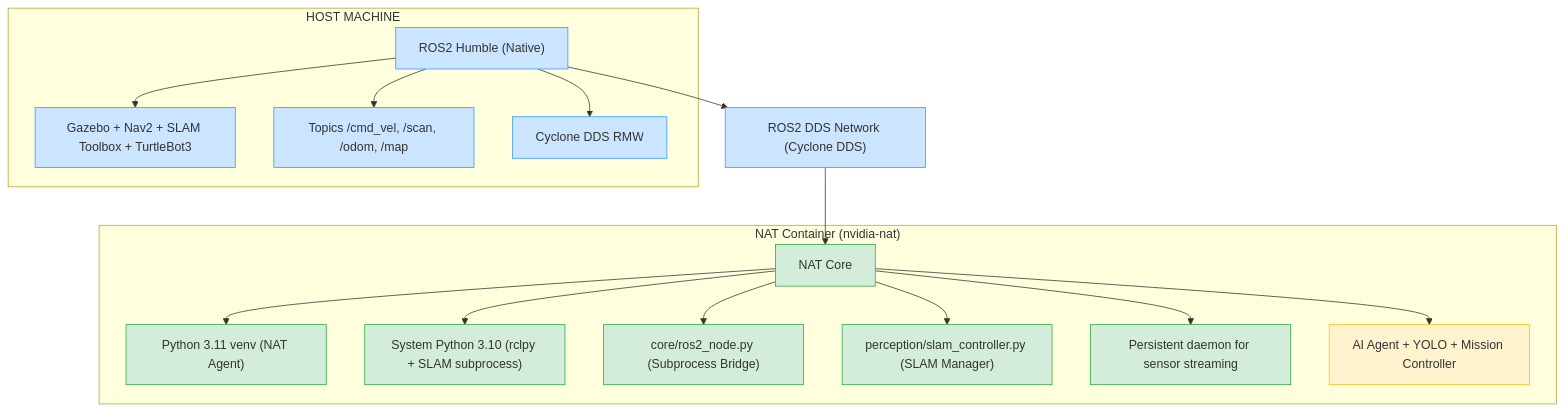
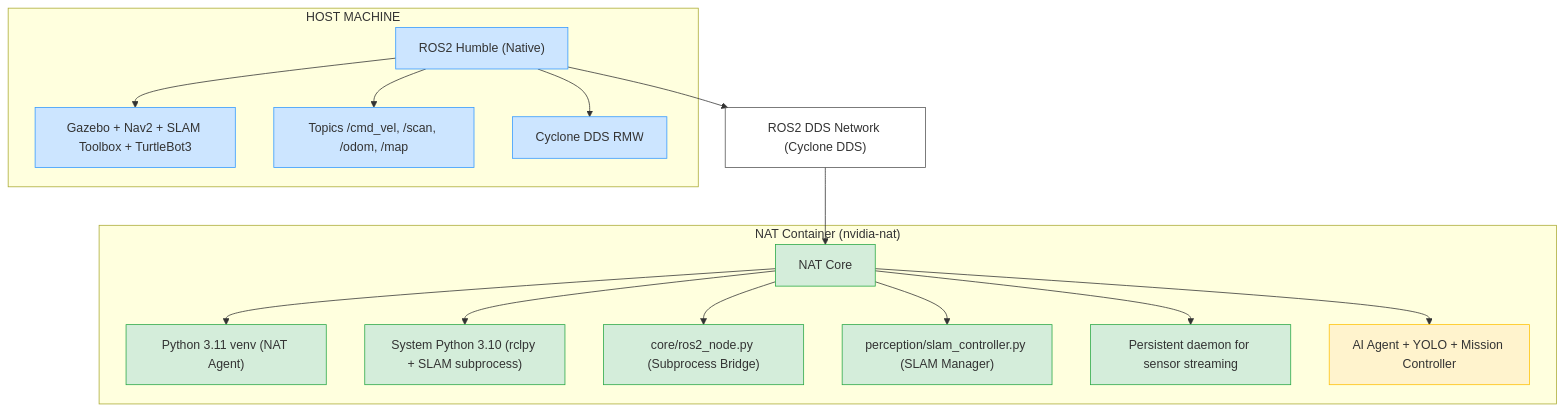
One commit to jerrynguy/final-project changed the diagram in README.md. Above: the diagram before and after it, drawn with Mermaid.

Commit message:
update code

````diff
--- a/README.md
+++ b/README.md
@@ -175,37 +175,39 @@
 ```mermaid
 flowchart TD
 %% Class definitions for colors
-classDef ros2 fill:#cce5ff,stroke:#3399ff,stroke-width:1px;
-classDef nat fill:#d4edda,stroke:#28a745,stroke-width:1px;
-classDef ai fill:#fff3cd,stroke:#ffc107,stroke-width:1px;
+classDef ros2 fill:#cce5ff,stroke:#3399ff,stroke-width:1px,color:#333;
+classDef nat fill:#d4edda,stroke:#28a745,stroke-width:1px,color:#333;
+classDef ai fill:#fff3cd,stroke:#ffc107,stroke-width:1px,color:#333;
+classDef edge fill:none,stroke:#555,stroke-width:1px,color:#333;
 
 %% Subgraph Host Machine
 subgraph Host["HOST MACHINE"]
     ROS2Node["ROS2 Humble (Native)"]
     class ROS2Node ros2
     ROS2Node --> A1["Gazebo + Nav2 + SLAM Toolbox + TurtleBot3"]
     ROS2Node --> A2["Topics /cmd_vel, /scan, /odom, /map"]
     ROS2Node --> A3["Cyclone DDS RMW"]
     class A1,A2,A3 ros2
 end
 
 %% Subgraph NAT Container
 subgraph NAT["NAT Container (nvidia-nat)"]
     NATNode["NAT Core"]
     class NATNode nat
     NATNode --> B1["Python 3.11 venv (NAT Agent)"]
     NATNode --> B2["System Python 3.10 (rclpy + SLAM subprocess)"]
     NATNode --> B3["core/ros2_node.py (Subprocess Bridge)"]
     NATNode --> B4["perception/slam_controller.py (SLAM Manager)"]
     NATNode --> B5["Persistent daemon for sensor streaming"]
     NATNode --> B6["AI Agent + YOLO + Mission Controller"]
     class B1,B2,B3,B4,B5 nat
     class B6 ai
 end
 
 %% Edge with intermediate node for label
 DDS["ROS2 DDS Network (Cyclone DDS)"]
 class DDS ros2
 ROS2Node --> DDS --> NATNode
+class DDS edge
 
 ```
````
